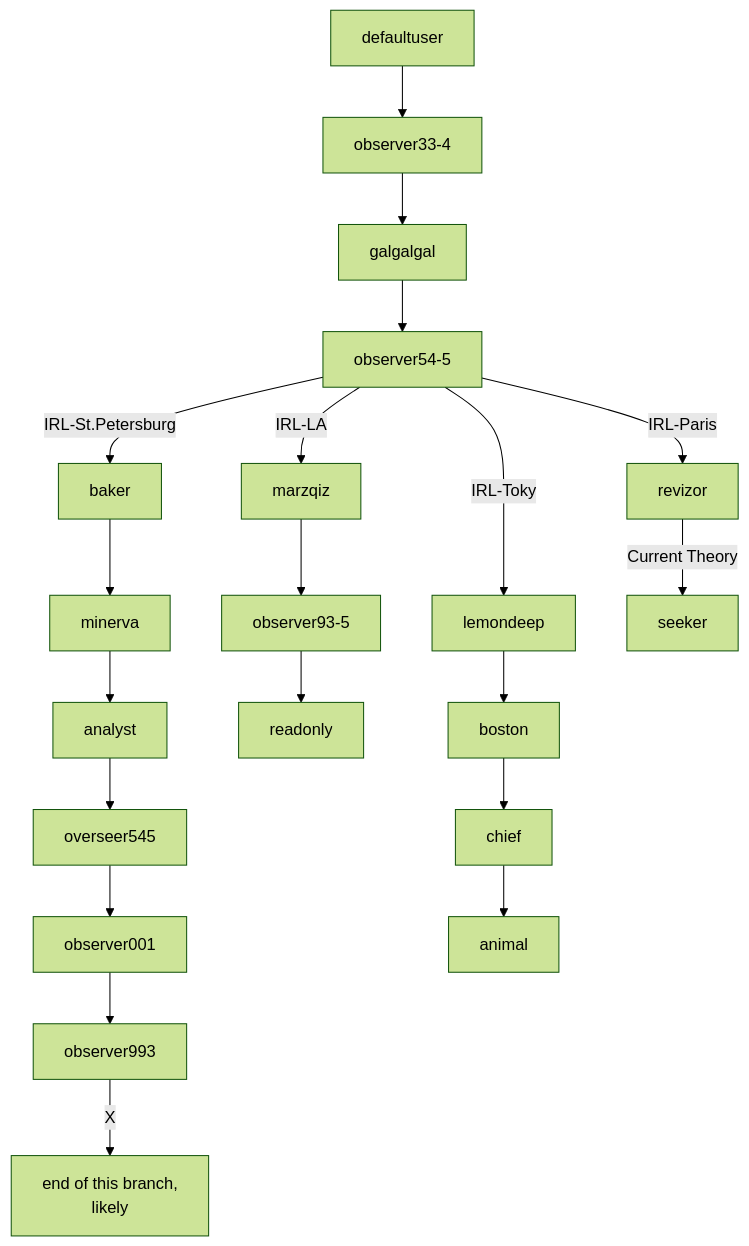
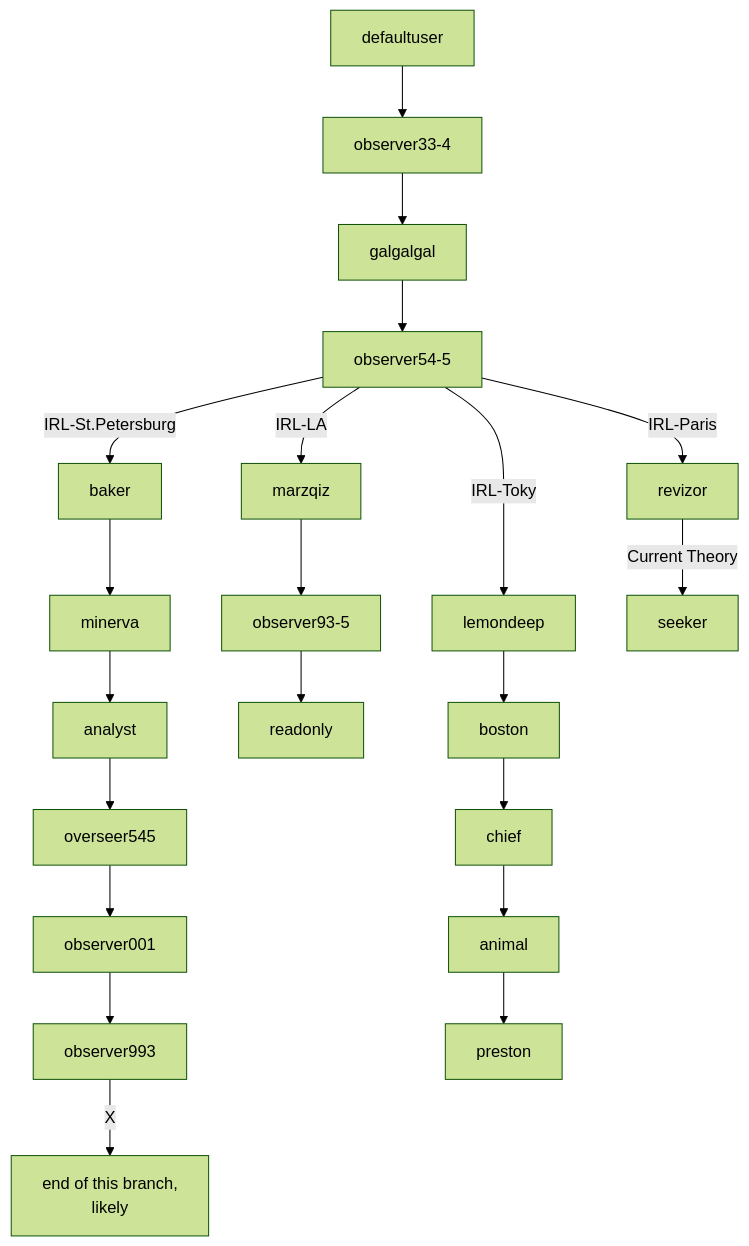
The diagram in README.md (Philsie/ARRS-documentation), drawn with Mermaid (forest theme) before and after one commit. The commit also changed other lines of this file, not shown here.

Commit message:
add preston user

````diff
--- a/README.md
+++ b/README.md
@@ -27,22 +28,23 @@
 ```mermaid
 graph TD;
     defaultuser-->observer33-4;
     observer33-4-->galgalgal;
     galgalgal-->observer54-5;
     observer54-5--IRL-Paris-->revizor;
     observer54-5--IRL-LA-->marzqiz;
     observer54-5--IRL-St.Petersburg-->baker;
     observer54-5--IRL-Tokyo-->lemondeep;
     baker-->minerva;
     minerva-->analyst;
     analyst-->overseer545;
     overseer545-->observer001;
     observer001-->observer993;
     observer993--X-->russiaEnd["end of this branch,\n likely"];
     marzqiz-->observer93-5;
     observer93-5-->readonly;
     revizor--Current Theory-->seeker;
     lemondeep-->boston;
     boston-->chief;
     chief-->animal;
+    animal-->preston;
 ```
````
